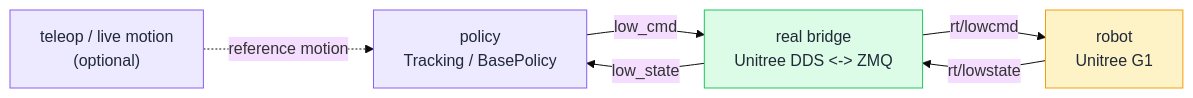
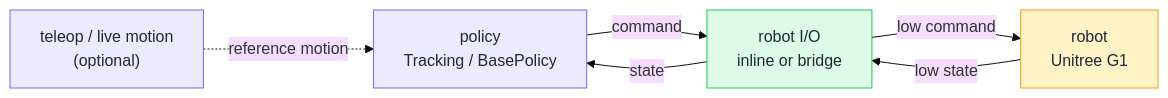
The second of 2 diagrams in docs/getting-started/overview.md (jason-wjs/sim2real_EGalahad), drawn with Mermaid (base theme) before and after one commit. The commit also changed other lines of this file and 20 other files, not shown here.

````diff
--- a/docs/getting-started/overview.md
+++ b/docs/getting-started/overview.md
@@ -53,20 +53,20 @@
 ```mermaid
 flowchart LR
     Teleop["teleop / live motion<br/>(optional)"] -. reference motion .-> Policy
 
     Policy["policy<br/>Tracking / BasePolicy"]
-    Bridge["real bridge<br/>Unitree DDS <-> ZMQ"]
+    RobotIO["robot I/O<br/>inline or bridge"]
     Robot["robot<br/>Unitree G1"]
 
-    Policy -- low_cmd --> Bridge
-    Bridge -- low_state --> Policy
-    Robot -- rt/lowstate --> Bridge
-    Bridge -- rt/lowcmd --> Robot
+    Policy -- command --> RobotIO
+    RobotIO -- state --> Policy
+    Robot -- low state --> RobotIO
+    RobotIO -- low command --> Robot
 
     classDef policy fill:#ede9fe,stroke:#8b5cf6,color:#1f2937
     classDef bridge fill:#dcfce7,stroke:#22c55e,color:#1f2937
     classDef robot fill:#fef3c7,stroke:#f59e0b,color:#1f2937
     class Teleop,Policy policy
-    class Bridge bridge
+    class RobotIO bridge
     class Robot robot
 ```
````
